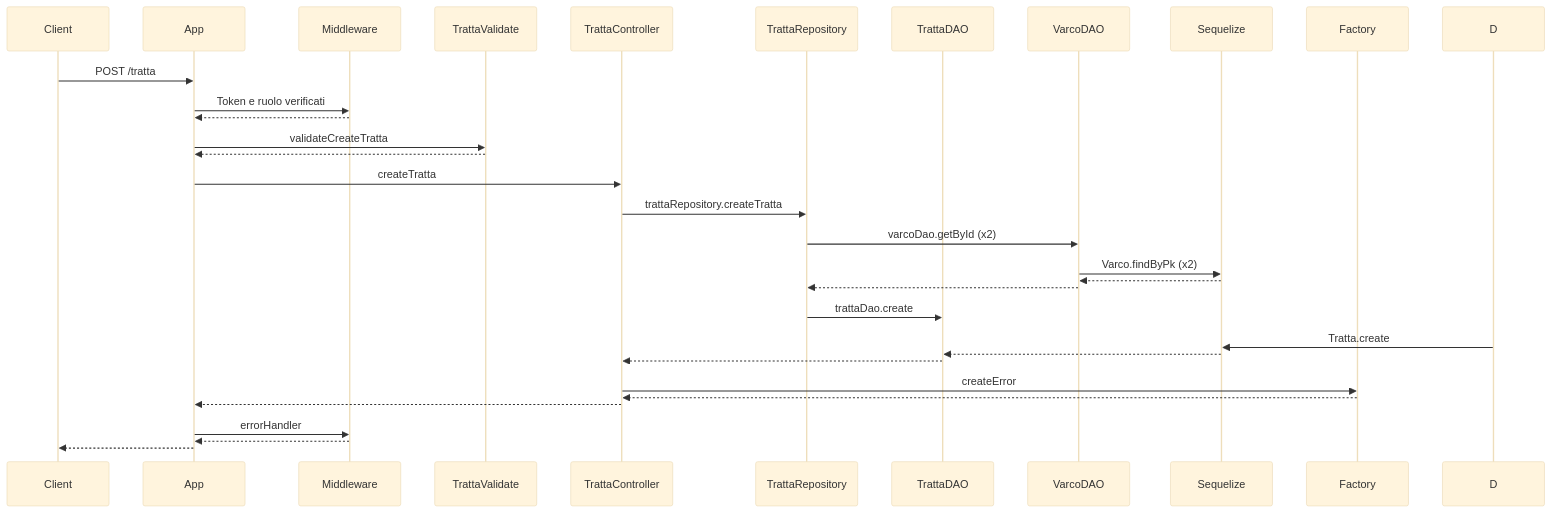
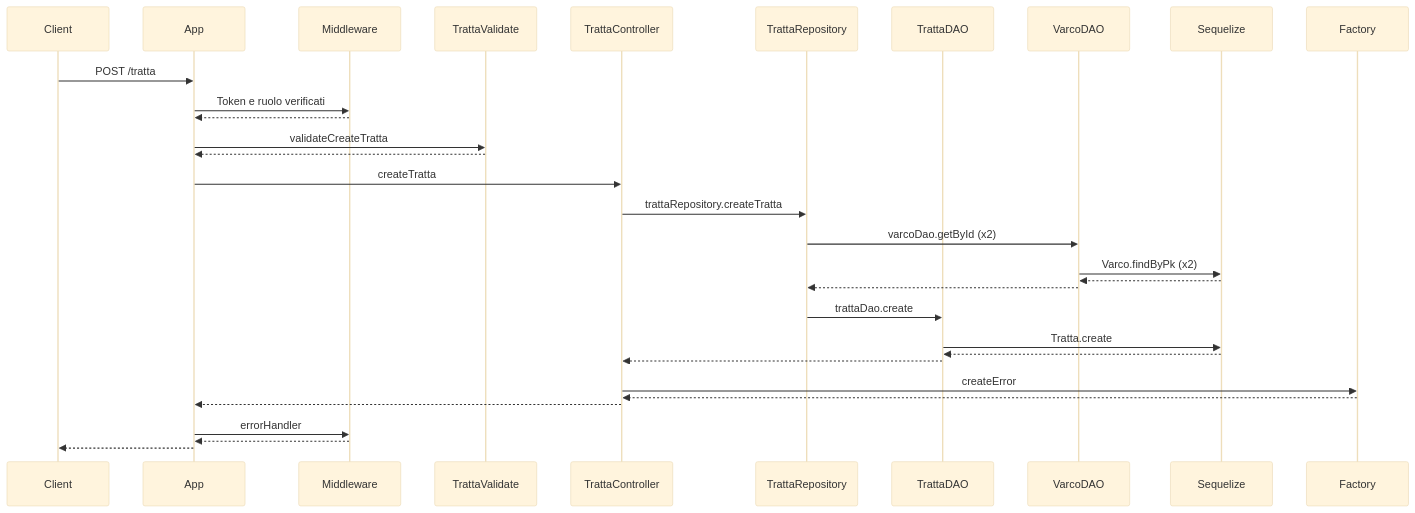
One commit to MattSona99/ProgettoPA changed the fourth of 7 diagrams in README.md. Above: the diagram before and after it, drawn with Mermaid (base theme).

````diff
--- a/README.md
+++ b/README.md
@@ -266,35 +266,35 @@
 ```mermaid
 sequenceDiagram
   participant C as Client
   participant A as App
   participant M as Middleware
   participant V as TrattaValidate
   participant CN as TrattaController
   participant R as TrattaRepository
   participant TD as TrattaDAO
   participant VD as VarcoDAO
   participant S as Sequelize
   participant F as Factory
 
   C ->> A: POST /tratta
   A ->> M: Token e ruolo verificati
   M -->> A: 
   A ->> V: validateCreateTratta
   V -->> A: 
   A ->> CN: createTratta
   CN ->> R: trattaRepository.createTratta
   R ->> VD: varcoDao.getById (x2)
   VD ->> S: Varco.findByPk (x2)
   S -->> VD: 
   VD -->> R: 
   R ->> TD: trattaDao.create
-  D ->> S: Tratta.create
+  TD ->> S: Tratta.create
   S -->> TD: 
   TD -->> CN: 
   CN ->> F: createError
   F -->> CN: 
   CN -->> A: 
   A ->> M: errorHandler
   M -->> A: 
   A -->> C: 
 ```
````
